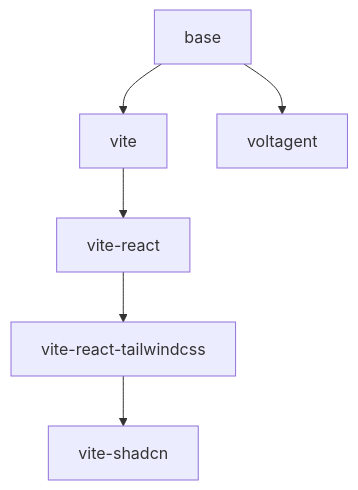
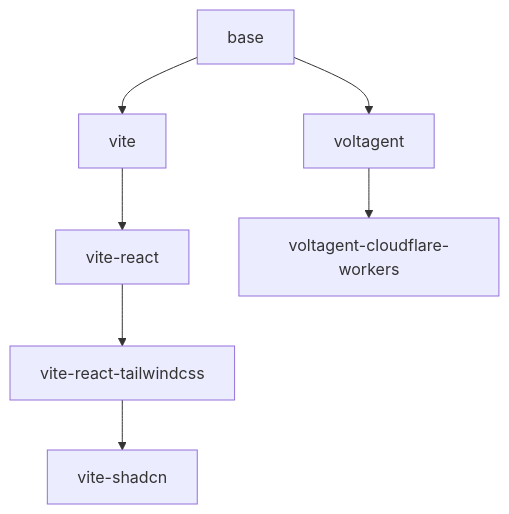
One commit to sakkeam/bun-templates changed the diagram in README.md. Above: the diagram before and after it, drawn with Mermaid. The commit also changed other lines of this file and 12 other files, not shown here.

First line of the commit message:
feat: initialize Cloudflare Workers project with VoltAgent integration

````diff
--- a/README.md
+++ b/README.md
@@ -55,9 +61,10 @@
 ```mermaid
 flowchart TD
     base --> vite
     vite --> vite-react
     vite-react --> vite-react-tailwindcss
     vite-react-tailwindcss --> vite-shadcn
 
     base --> voltagent
+    voltagent --> voltagent-cloudflare-workers
 ```
````
